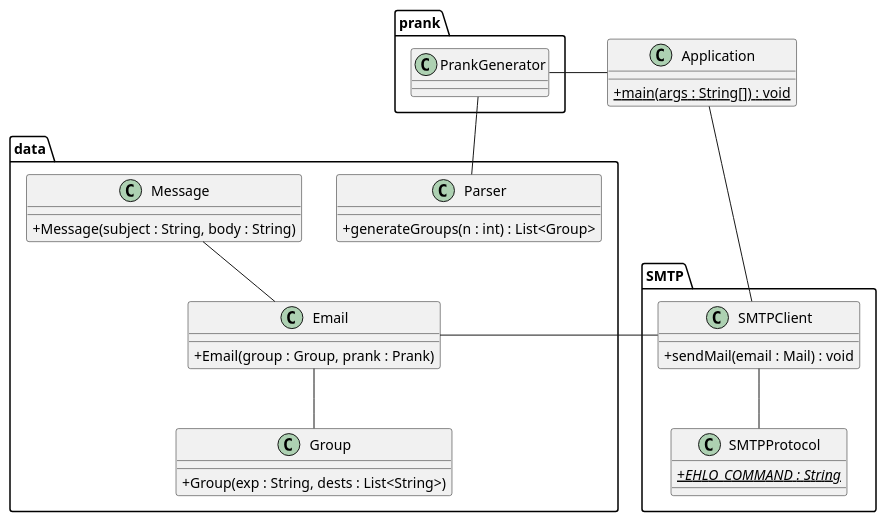
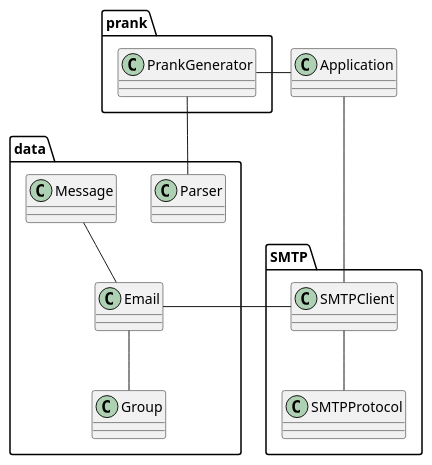
Before and after one commit to Daxidz/pr4nkM4st3rZ: the diagram in figures/classes.plantuml, drawn with PlantUML.

Commit message:
Updated classes diagram

```diff
--- a/figures/classes.plantuml
+++ b/figures/classes.plantuml
@@ -1,58 +1,58 @@
 @startuml
 
 skinparam classAttributeIconSize 0
 
 class Application {
-    + {static} main(args : String[]) : void
+
 }
 
 package data {
 
     class Group {
-        + Group(exp : String, dests : List<String>)
+
     }
 
     class Email {
-        + Email(group : Group, prank : Prank)
+
     }
 
     class Parser {
-        + generateGroups(n : int) : List<Group>
+
     }
 
     class Message {
-        + Message(subject : String, body : String)
+
     }
 
     Email -- Group
     Message -- Email
 }
 
 package prank {
 
     class PrankGenerator {
 
     }
 
     PrankGenerator -- Parser
 
 }
 
 package SMTP {
 
     class SMTPClient {
-        + sendMail(email : Mail) : void
+
     }
 
     class SMTPProtocol {
-        + <i>{static} EHLO_COMMAND : String</i>
+
     }
 
     SMTPClient -- SMTPProtocol
     Email - SMTPClient
 }
 
 Application - SMTPClient
 Application - PrankGenerator
 
 @end
```
